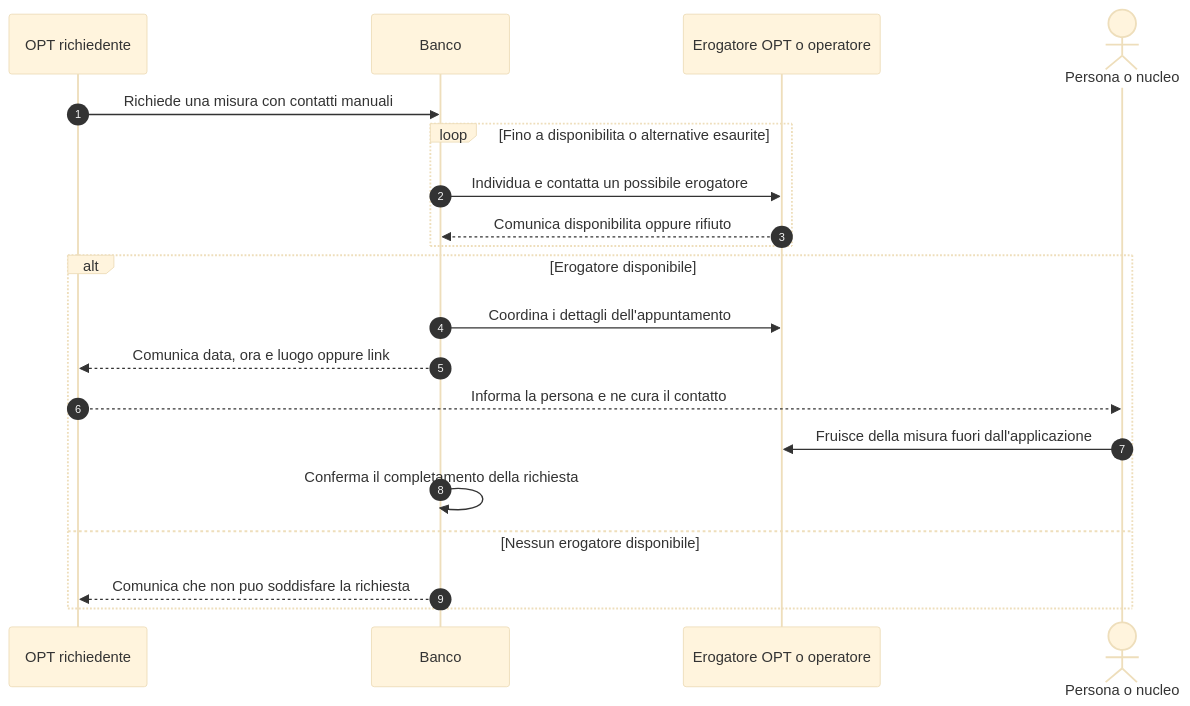
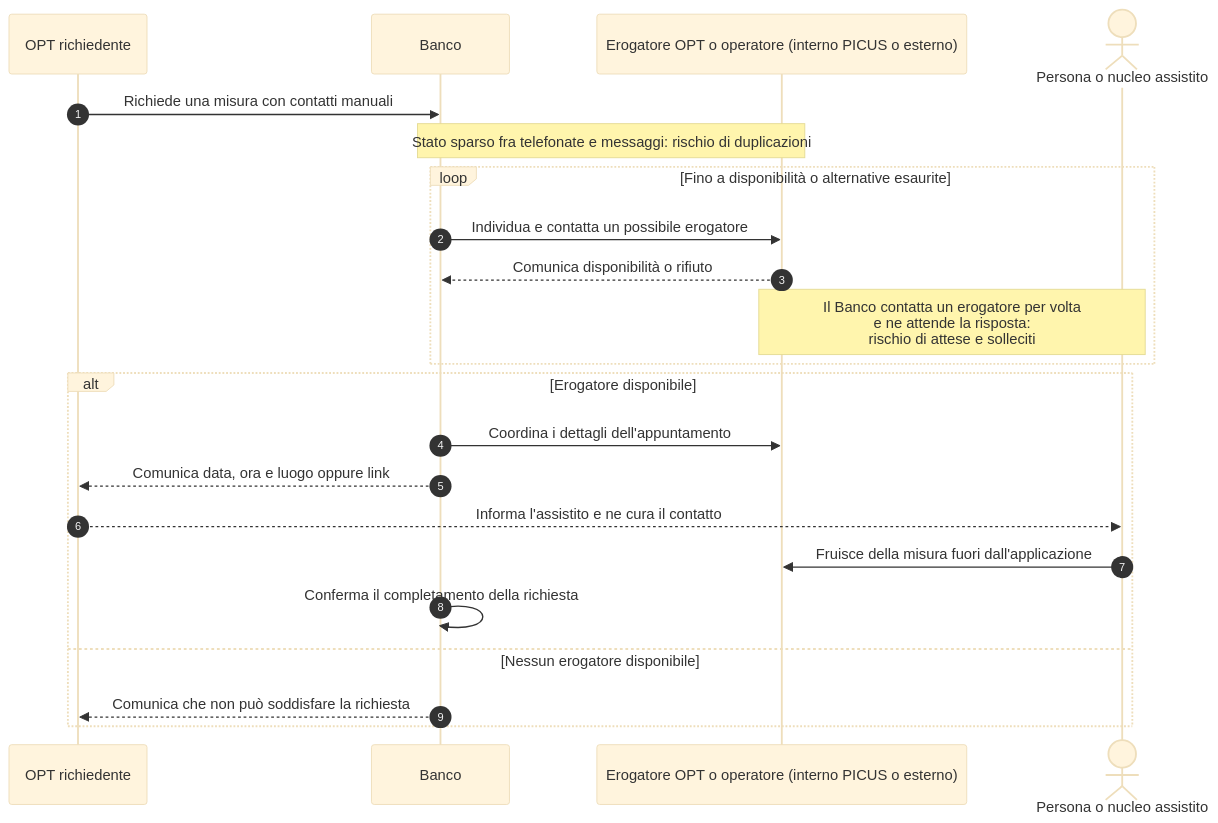
One commit to Pinguini-alla-Fragola/Progetto-SAD changed the diagram in docs/requirements/diagrams/ASIS-01-richieste.mmd. Above: the diagram before and after it, drawn with Mermaid (base theme). The commit also changed 7 other files, not shown here.

First line of the commit message:
docs: note su duplicazioni e solleciti nell'as-is delle richieste (#32)

```diff
--- a/docs/requirements/diagrams/ASIS-01-richieste.mmd
+++ b/docs/requirements/diagrams/ASIS-01-richieste.mmd
@@ -1,24 +1,26 @@
 %% ASIS-01A v0.1 - 25/10/2026
 %% Ricostruzione del processo dalle fonti F02 §§2-4 e 5.3, F06 e F07.
-%% Non rappresenta funzionalita gia implementate in PICUS.
+%% Non rappresenta funzionalità già implementate in PICUS.
 sequenceDiagram
     autonumber
     participant R as OPT richiedente
     participant B as Banco
-    participant E as Erogatore OPT o operatore
-    actor A as Persona o nucleo
+    participant E as Erogatore OPT o operatore (interno PICUS o esterno)
+    actor A as Persona o nucleo assistito
 
     R->>B: Richiede una misura con contatti manuali
-        loop Fino a disponibilita o alternative esaurite
+    Note over B,E: Stato sparso fra telefonate e messaggi: rischio di duplicazioni
+        loop Fino a disponibilità o alternative esaurite
             B->>E: Individua e contatta un possibile erogatore
-            E-->>B: Comunica disponibilita oppure rifiuto
+            E-->>B: Comunica disponibilità o rifiuto
+            Note over E,A: Il Banco contatta un erogatore per volta<br/>e ne attende la risposta:<br/>rischio di attese e solleciti
         end
         alt Erogatore disponibile
             B->>E: Coordina i dettagli dell'appuntamento
             B-->>R: Comunica data, ora e luogo oppure link
-            R-->>A: Informa la persona e ne cura il contatto
+            R-->>A: Informa l'assistito e ne cura il contatto
             A->>E: Fruisce della misura fuori dall'applicazione
             B->>B: Conferma il completamento della richiesta
         else Nessun erogatore disponibile
-            B-->>R: Comunica che non puo soddisfare la richiesta
+            B-->>R: Comunica che non può soddisfare la richiesta
         end
```
